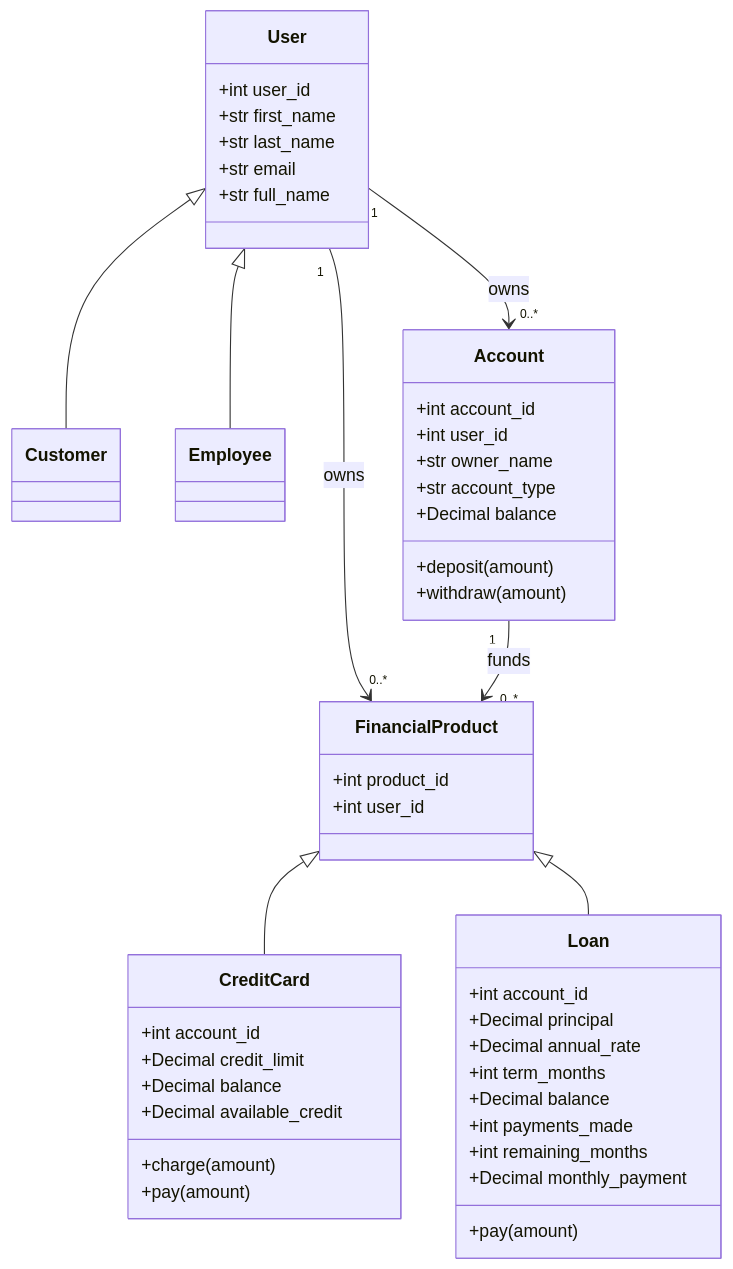
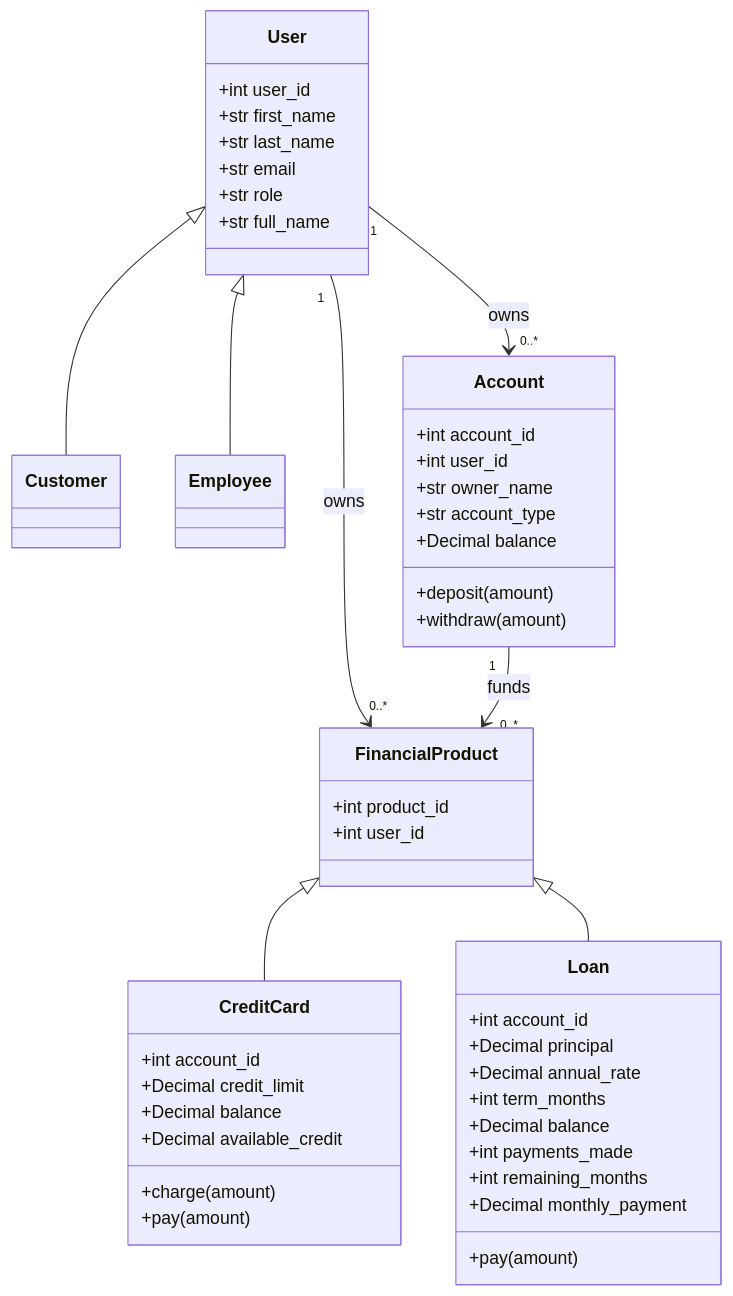
The diagram in docs/models-uml.md (rubenfrancogarcia/bank_app), drawn with Mermaid before and after one commit. The commit also changed other lines of this file, not shown here.

Commit message:
updated uml

````diff
--- a/docs/models-uml.md
+++ b/docs/models-uml.md
@@ -3,57 +3,58 @@
 ```mermaid
 classDiagram
     class User {
         +int user_id
         +str first_name
         +str last_name
         +str email
+        +str role
         +str full_name
     }
 
     class Customer
     class Employee
 
     class Account {
         +int account_id
         +int user_id
         +str owner_name
         +str account_type
         +Decimal balance
         +deposit(amount)
         +withdraw(amount)
     }
 
     class FinancialProduct {
         +int product_id
         +int user_id
     }
 
     class CreditCard {
         +int account_id
         +Decimal credit_limit
         +Decimal balance
         +Decimal available_credit
         +charge(amount)
         +pay(amount)
     }
 
     class Loan {
         +int account_id
         +Decimal principal
         +Decimal annual_rate
         +int term_months
         +Decimal balance
         +int payments_made
         +int remaining_months
         +Decimal monthly_payment
         +pay(amount)
     }
 
     User <|-- Customer
     User <|-- Employee
     FinancialProduct <|-- CreditCard
     FinancialProduct <|-- Loan
     User "1" --> "0..*" Account : owns
     User "1" --> "0..*" FinancialProduct : owns
     Account "1" --> "0..*" FinancialProduct : funds
 ```
````
